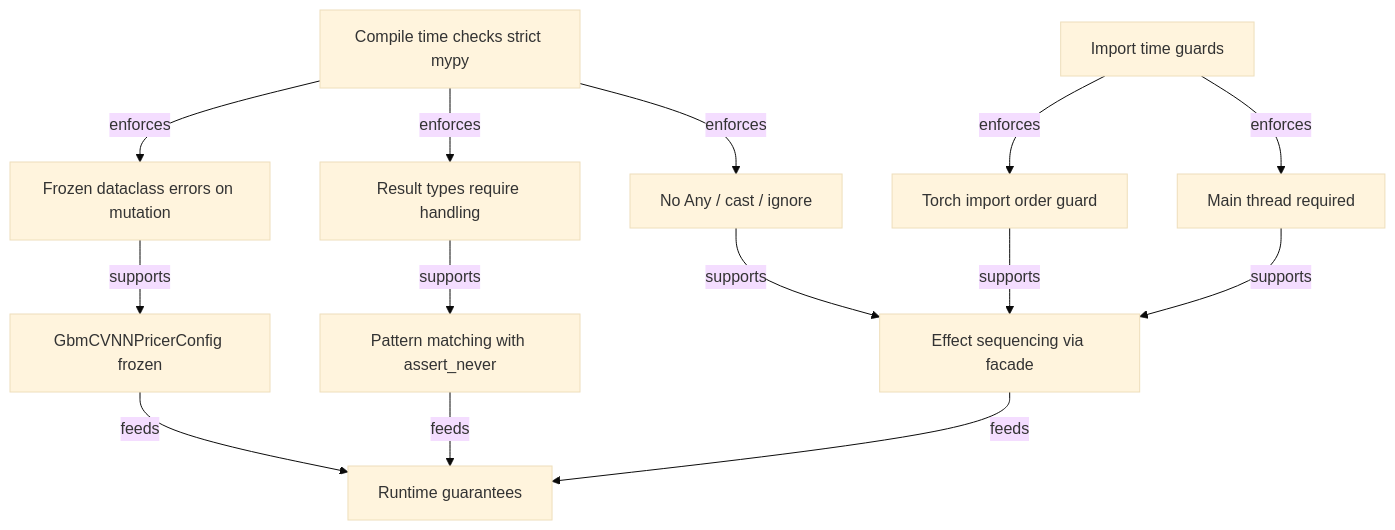
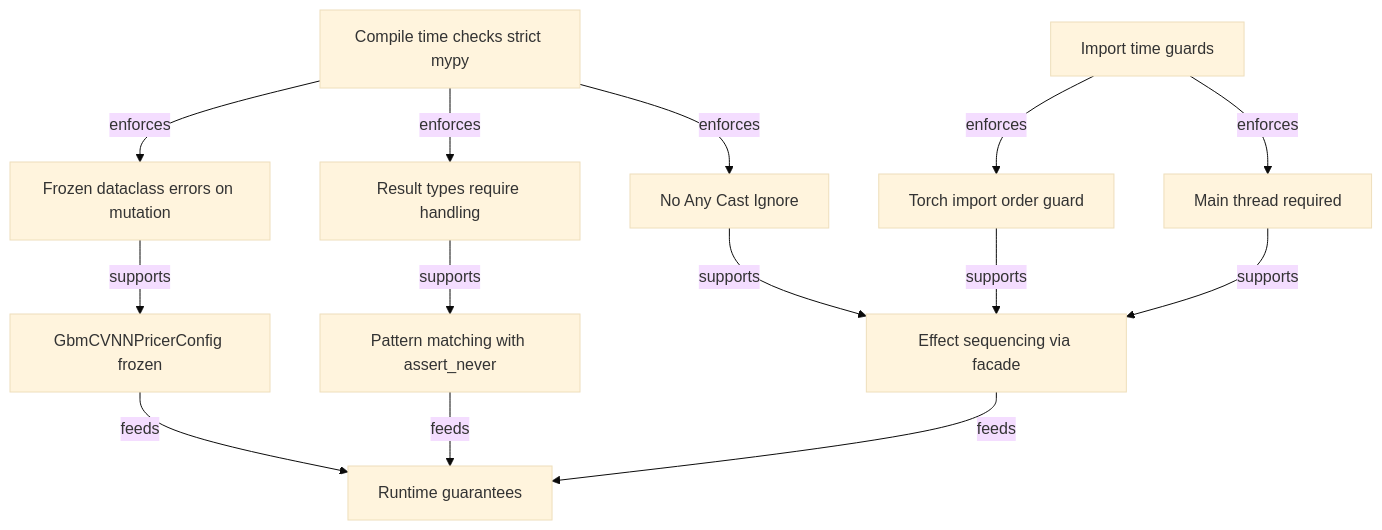
The fourth of 5 diagrams in documents/engineering/reproducibility_proofs.md (Tuee22/SpectralMC), drawn with Mermaid (base theme) before and after one commit. The commit also changed other lines of this file and 29 other files, not shown here.

````diff
--- a/documents/engineering/reproducibility_proofs.md
+++ b/documents/engineering/reproducibility_proofs.md
@@ -345,28 +345,28 @@
 ```mermaid
 flowchart TB
     CompileChecks[Compile time checks strict mypy]
     ImportGuards[Import time guards]
     RuntimeGuards[Runtime guarantees]
     FrozenCheck[Frozen dataclass errors on mutation]
     ResultCheck[Result types require handling]
-    AnyCheck[No Any / cast / ignore]
+    AnyCheck[No Any Cast Ignore]
     TorchOrder[Torch import order guard]
     ThreadCheck[Main thread required]
     ImmutableConfig[GbmCVNNPricerConfig frozen]
     PatternMatch[Pattern matching with assert_never]
     EffectSequence[Effect sequencing via facade]
 
     CompileChecks -->|enforces| FrozenCheck
     CompileChecks -->|enforces| ResultCheck
     CompileChecks -->|enforces| AnyCheck
     ImportGuards -->|enforces| TorchOrder
     ImportGuards -->|enforces| ThreadCheck
     FrozenCheck -->|supports| ImmutableConfig
     ResultCheck -->|supports| PatternMatch
     AnyCheck -->|supports| EffectSequence
     TorchOrder -->|supports| EffectSequence
     ThreadCheck -->|supports| EffectSequence
     ImmutableConfig -->|feeds| RuntimeGuards
     PatternMatch -->|feeds| RuntimeGuards
     EffectSequence -->|feeds| RuntimeGuards
 ```
````
